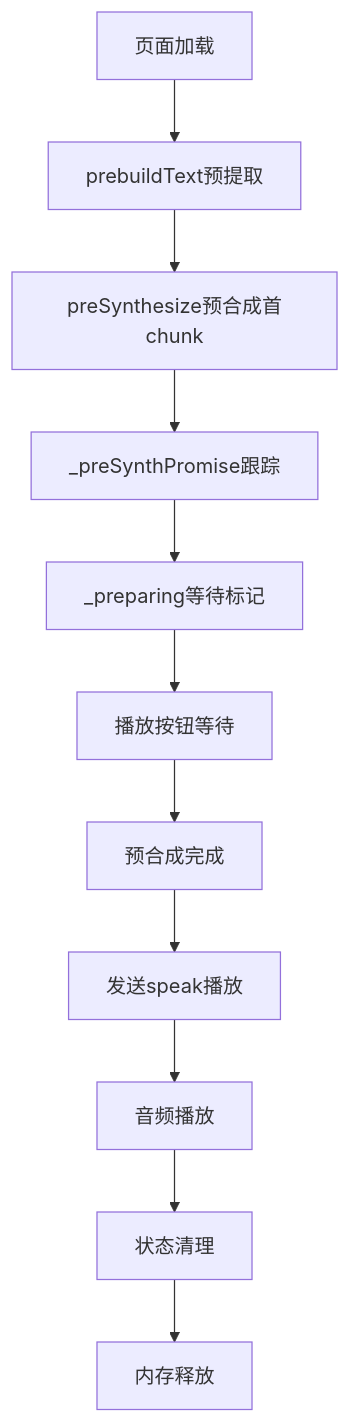
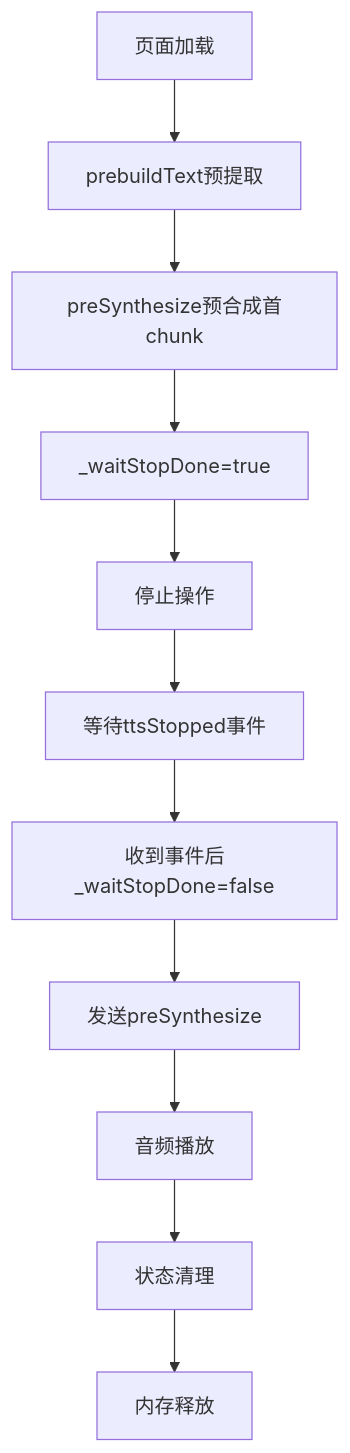
Before and after one commit to zhao-zg/cx: the seventh of 14 diagrams in .qoder/repowiki/zh/content/移动应用开发/TTS静态实例管理系统.md, drawn with Mermaid. The commit also changed other lines of this file and 32 other files, not shown here.

````diff
--- a/.qoder/repowiki/zh/content/移动应用开发/TTS静态实例管理系统.md
+++ b/.qoder/repowiki/zh/content/移动应用开发/TTS静态实例管理系统.md
@@ -340,13 +360,13 @@
 ```mermaid
 flowchart TD
 A[页面加载] --> B[prebuildText预提取]
 B --> C[preSynthesize预合成首chunk]
-C --> D[_preSynthPromise跟踪]
-D --> E[_preparing等待标记]
-E --> F[播放按钮等待]
-F --> G[预合成完成]
-G --> H[发送speak播放]
+C --> D[_waitStopDone=true]
+D --> E[停止操作]
+E --> F[等待ttsStopped事件]
+F --> G[收到事件后_waitStopDone=false]
+G --> H[发送preSynthesize]
 H --> I[音频播放]
 I --> J[状态清理]
 J --> K[内存释放]
 ```
````
